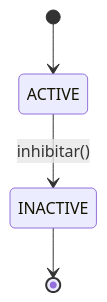
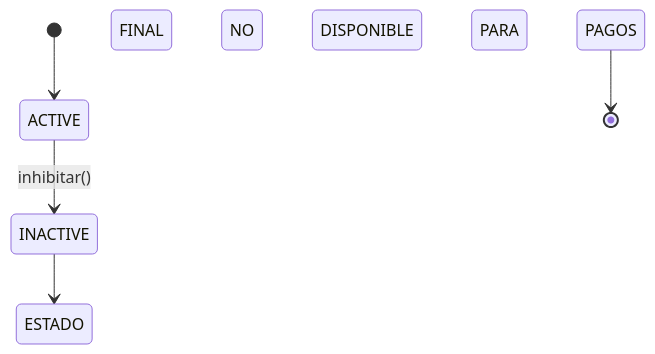
Before and after one commit to dom-minka/docs: the diagram in 1-85/directorio-federado/tecnologia-de-acceso-qr/como-actualizar-el-estado-de-un-qr.mdx, drawn with Mermaid.

Commit message:
Documentation edits made through Mintlify web editor

````diff
--- a/1-85/directorio-federado/tecnologia-de-acceso-qr/como-actualizar-el-estado-de-un-qr.mdx
+++ b/1-85/directorio-federado/tecnologia-de-acceso-qr/como-actualizar-el-estado-de-un-qr.mdx
@@ -46,6 +46,7 @@
 ```mermaid
 stateDiagram-v2
 [*] --> ACTIVE
 ACTIVE --> INACTIVE : inhibitar()
-INACTIVE --> [*]
+INACTIVE --> ESTADO FINAL NO DISPONIBLE PARA PAGOS
+ESTADO FINAL NO DISPONIBLE PARA PAGOS --> [*]
 ```
````
